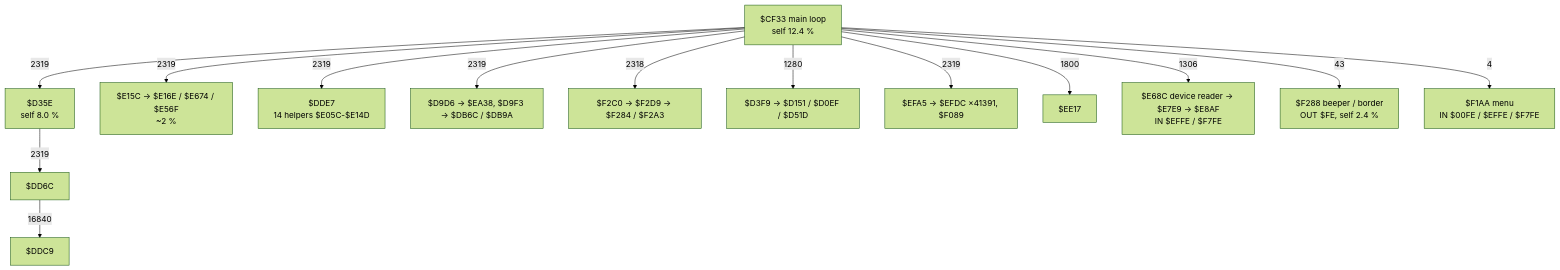
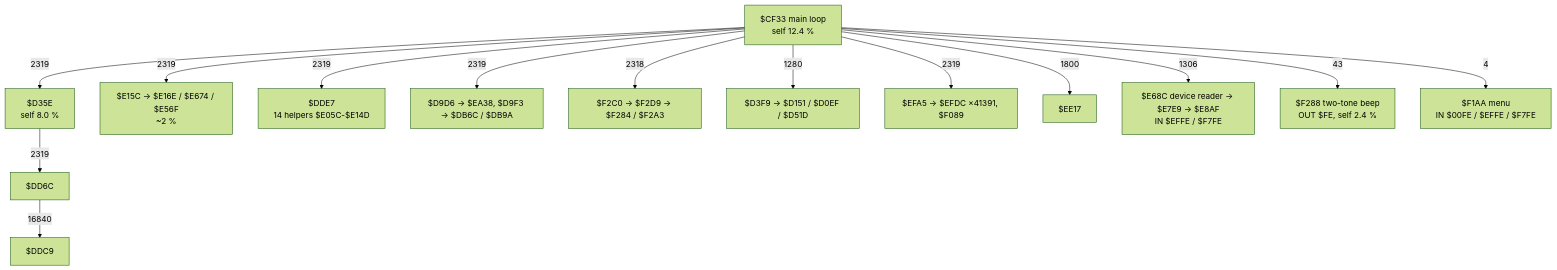
Before and after one commit to alfishe/unrealng-reverse-cases: the third of 4 diagrams in hate/docs/02-architecture.md, drawn with Mermaid (forest theme). The commit also changed other lines of this file and 3 other files, not shown here.

````diff
--- a/hate/docs/02-architecture.md
+++ b/hate/docs/02-architecture.md
@@ -210,16 +210,16 @@
 ```mermaid
 flowchart TD
     MAIN["$CF33 main loop<br/>self 12.4 %"]
     MAIN -->|2319| D35E["$D35E<br/>self 8.0 %"]
     D35E -->|2319| DD6C["$DD6C"] -->|16840| DDC9["$DDC9"]
     MAIN -->|2319| E15C["$E15C → $E16E / $E674 / $E56F<br/>~2 %"]
     MAIN -->|2319| DDE7["$DDE7<br/>14 helpers $E05C-$E14D"]
     MAIN -->|2319| D9D6["$D9D6 → $EA38, $D9F3 → $DB6C / $DB9A"]
     MAIN -->|2318| F2C0["$F2C0 → $F2D9 → $F284 / $F2A3"]
     MAIN -->|1280| D3F9["$D3F9 → $D151 / $D0EF / $D51D"]
     MAIN -->|2319| EFA5["$EFA5 → $EFDC ×41391, $F089"]
     MAIN -->|1800| EE17["$EE17"]
     MAIN -->|1306| E68C["$E68C device reader → $E7E9 → $E8AF<br/>IN $EFFE / $F7FE"]
-    MAIN -->|43| F288["$F288 beeper / border<br/>OUT $FE, self 2.4 %"]
+    MAIN -->|43| F288["$F288 two-tone beep<br/>OUT $FE, self 2.4 %"]
     MAIN -->|4| F1AA["$F1AA menu<br/>IN $00FE / $EFFE / $F7FE"]
 ```
````
